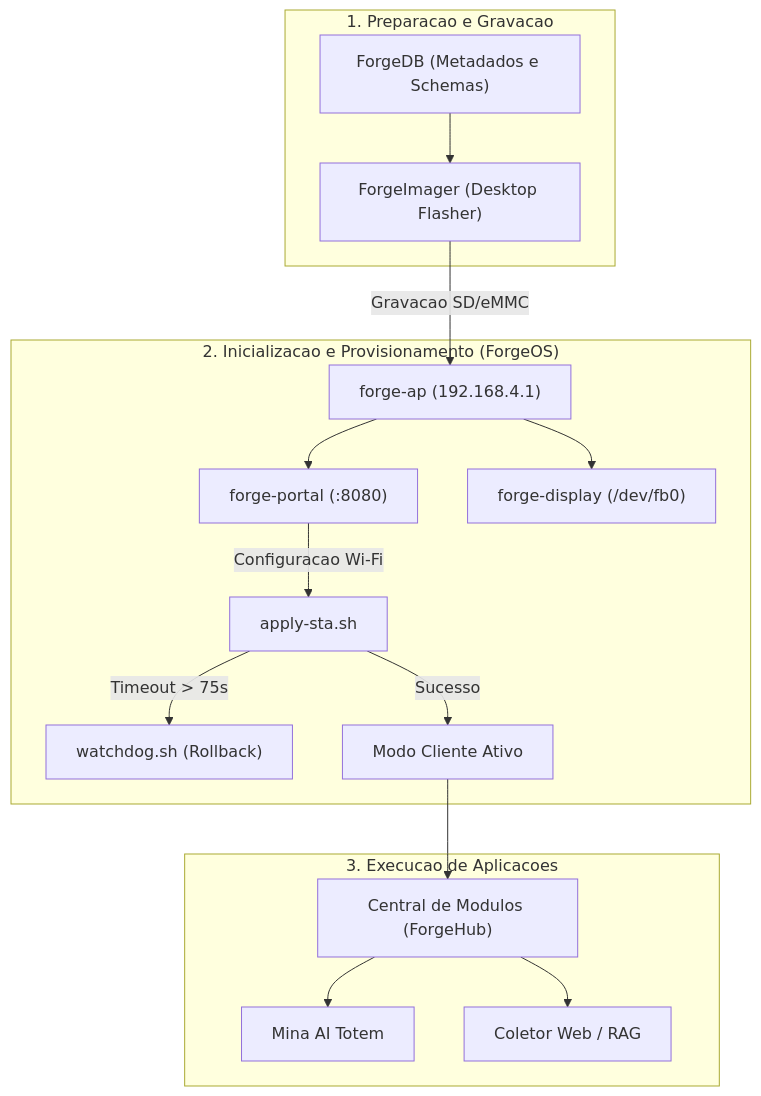
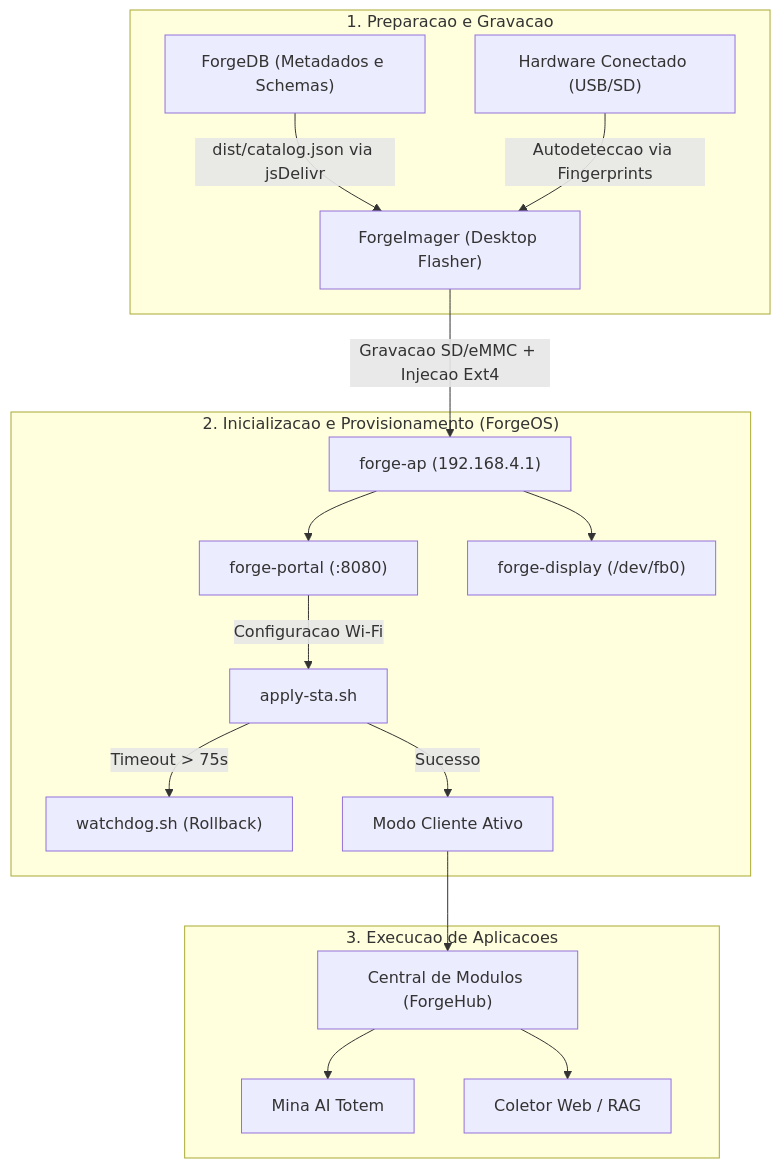
One commit to multi-forge/multi-forge changed the diagram in README.md. Above: the diagram before and after it, drawn with Mermaid. The commit also changed other lines of this file and 43 other files, not shown here.

````diff
--- a/README.md
+++ b/README.md
@@ -50,21 +52,22 @@
 ```mermaid
 flowchart TD
     subgraph Preparacao ["1. Preparacao e Gravacao"]
-        FDB["ForgeDB (Metadados e Schemas)"] --> FI["ForgeImager (Desktop Flasher)"]
+        FDB["ForgeDB (Metadados e Schemas)"] -->|"dist/catalog.json via jsDelivr"| FI["ForgeImager (Desktop Flasher)"]
+        HW["Hardware Conectado (USB/SD)"] -->|"Autodeteccao via Fingerprints"| FI
     end
 
     subgraph Boot ["2. Inicializacao e Provisionamento (ForgeOS)"]
-        FI -->|"Gravacao SD/eMMC"| AP["forge-ap (192.168.4.1)"]
+        FI -->|"Gravacao SD/eMMC + Injecao Ext4"| AP["forge-ap (192.168.4.1)"]
         AP --> PORTAL["forge-portal (:8080)"]
         AP --> HDMI["forge-display (/dev/fb0)"]
         PORTAL -->|"Configuracao Wi-Fi"| APPLY["apply-sta.sh"]
         APPLY -->|"Timeout > 75s"| WD["watchdog.sh (Rollback)"]
         APPLY -->|"Sucesso"| CLI["Modo Cliente Ativo"]
     end
 
     subgraph Modulos ["3. Execucao de Aplicacoes"]
         CLI --> HUB["Central de Modulos (ForgeHub)"]
         HUB --> MOD1["Mina AI Totem"]
         HUB --> MOD2["Coletor Web / RAG"]
     end
 ```
````
